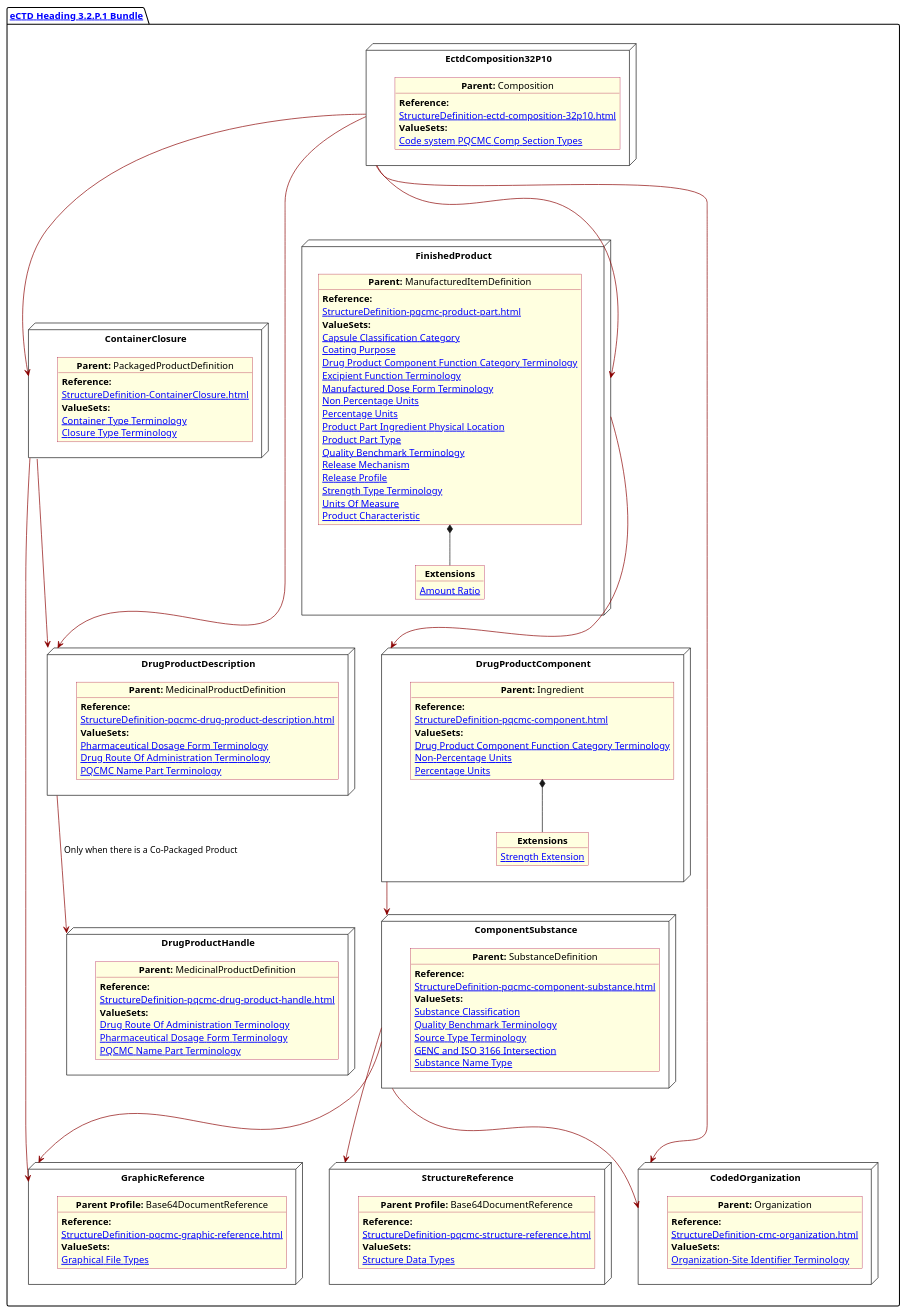
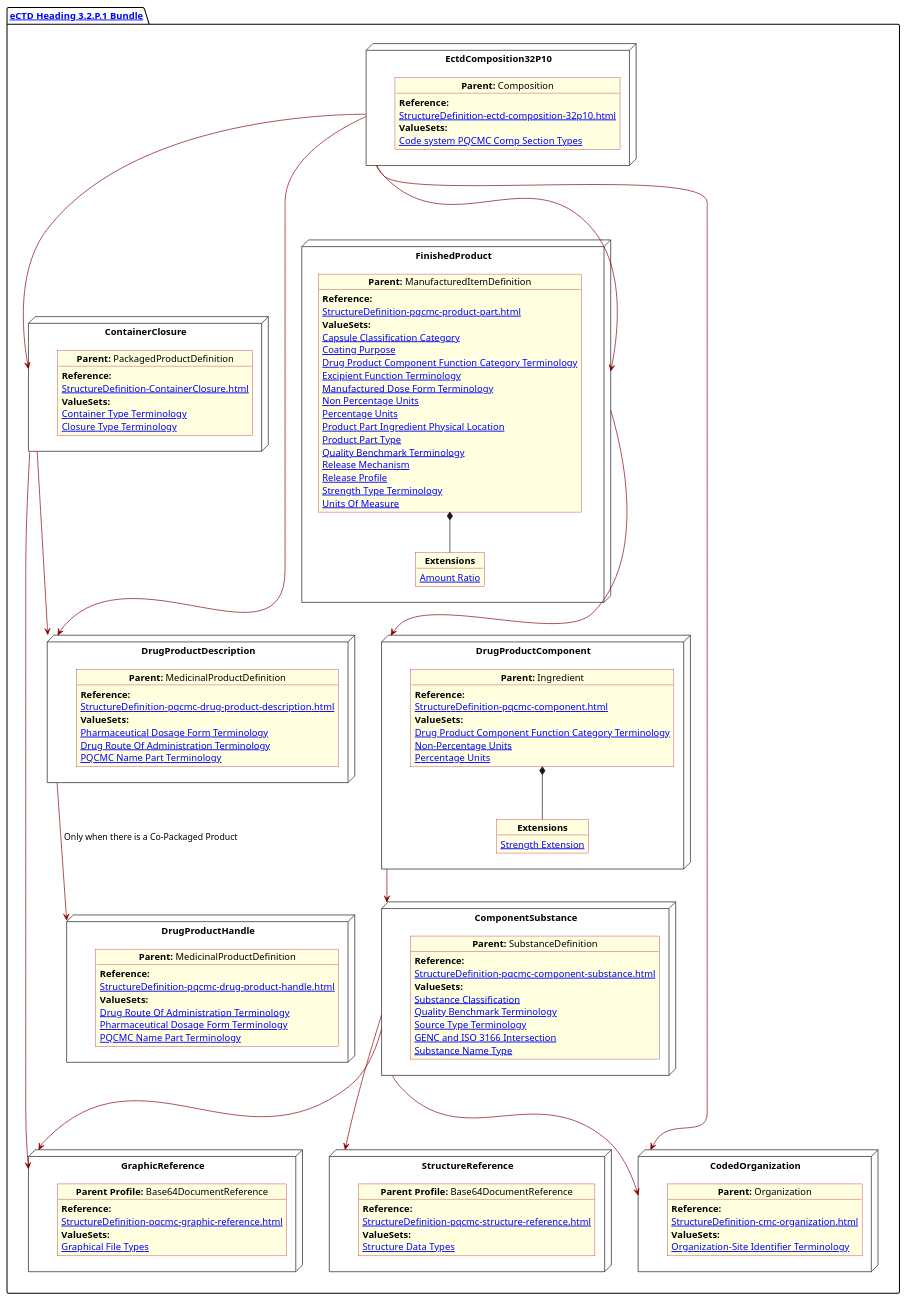
Before and after one commit to HL7/FHIR-us-pq-cmc-fda: the diagram in input/images-source/ProdDesComp.plantuml, drawn with PlantUML. The commit also changed 2 other files, not shown here.

```diff
--- a/input/images-source/ProdDesComp.plantuml
+++ b/input/images-source/ProdDesComp.plantuml
@@ -1,157 +1,156 @@
 @startuml ProdDesComp
 allowmixing
 'Mixed model of use case and object
 skinparam svgDimensionStyle false
 skinparam ObjectBackgroundColor LightYellow
 skinparam ObjectBorderColor #A80036
 skinparam activityDiamondBorderColor #A80036
 skinparam activityDiamondBackgroundColor lawnGreen
 skinparam ClassBorderThickness 4
 
 package "[[StructureDefinition-cmc-ectd-document-32p10.html eCTD Heading 3.2.P.1 Bundle]]" as NODES {
   node "ContainerClosure" as N21 {
 
     object "**Parent:** PackagedProductDefinition" as obj22 {
       **Reference:**
       [[StructureDefinition-ContainerClosure.html]]
       **ValueSets:**
       [[ValueSet-pqcmc-container-type-terminology.html Container Type Terminology]]
       [[ValueSet-pqcmc-closure-type-terminology.html Closure Type Terminology]]
     }
   }
 
   node "DrugProductDescription" as N2 {
 
     object "**Parent:** MedicinalProductDefinition" as obj2 {
       **Reference:**
       [[StructureDefinition-pqcmc-drug-product-description.html]]
       **ValueSets:**
       [[ValueSet-spl-pharmaceutical-dosage-form-terminology.html Pharmaceutical Dosage Form Terminology]]
       [[ValueSet-spl-drug-route-of-administration-terminology.html Drug Route Of Administration Terminology]]
       [[ValueSet-pqcmc-name-part-terminology.html PQCMC Name Part Terminology]]
     }
   }
 
   node "DrugProductHandle" as N2handle {
 
     object "**Parent:** MedicinalProductDefinition" as objcross {
       **Reference:**
       [[StructureDefinition-pqcmc-drug-product-handle.html]]
       **ValueSets:**
       [[ValueSet-spl-drug-route-of-administration-terminology.html Drug Route Of Administration Terminology]]
       [[ValueSet-spl-pharmaceutical-dosage-form-terminology.html Pharmaceutical Dosage Form Terminology]]
       [[ValueSet-pqcmc-name-part-terminology.html PQCMC Name Part Terminology]]
     }
   }
 
   node "FinishedProduct"as MID {
     object "**Parent:** ManufacturedItemDefinition" as objMID {
 
       **Reference:**
       [[StructureDefinition-pqcmc-product-part.html]]
       **ValueSets:**
       [[ValueSet-capsule-classification-category.html Capsule Classification Category]]
       [[ValueSet-pqcmc-coating-purpose.html Coating Purpose]]
       [[ValueSet-pqcmc-drug-product-component-function-category-terminology.html Drug Product Component Function Category Terminology]]
       [[ValueSet-pqcmc-excipient-function-terminology.html Excipient Function Terminology]]
       [[ValueSet-pqcmc-manufactured-dose-form-terminology.html Manufactured Dose Form Terminology]]
       [[ValueSet-pqcmc-non-percentage-units.html Non Percentage Units]]
       [[ValueSet-pqcmc-percentage-units.html Percentage Units]]
       [[ValueSet-pqcmc-product-part-ingredient-physical-location.html Product Part Ingredient Physical Location]]
       [[ValueSet-pqcmc-product-part-type.html Product Part Type]]
       [[ValueSet-pqcmc-quality-benchmark-terminology.html Quality Benchmark Terminology]]
       [[ValueSet-pqcmc-release-mechanism.html Release Mechanism]]
       [[ValueSet-pqcmc-release-profile.html Release Profile]]
       [[ValueSet-pqcmc-strength-type-terminology.html Strength Type Terminology]]
       [[ValueSet-pqcmc-units-of-measure.html Units Of Measure]]
-      [[ValueSet-pqcmc-product-characteristic.html Product Characteristic]]
     }
     object "**Extensions**" as objMIDExs {
       [[StructureDefinition-pq-amount-ratio.html Amount Ratio]]
     }
     objMID *-- objMIDExs
   }
   node "DrugProductComponent" as NN {
 
     object "**Parent:** Ingredient" as obj3 {
       **Reference:**
       [[StructureDefinition-pqcmc-component.html]]
       **ValueSets:**
       [[ValueSet-pqcmc-drug-product-component-function-category-terminology.html Drug Product Component Function Category Terminology]]
       [[ValueSet-pqcmc-org-identifier-type-terminology.html Non-Percentage Units]]
       [[ValueSet-pqcmc-percentage-units.html Percentage Units]]
     }
     object "**Extensions**" as objExs {
       [[StructureDefinition-strength-extension.html Strength Extension]]
     }
     obj3 *-- objExs
   }
 
   node "ComponentSubstance" as NCS {
 
     object "**Parent:** SubstanceDefinition" as objSubDef {
       **Reference:**
       [[StructureDefinition-pqcmc-component-substance.html]]
       **ValueSets:**
       [[ValueSet-substance-classification.html Substance Classification]]
       [[ValueSet-pqcmc-quality-benchmark-terminology.html Quality Benchmark Terminology]]
       [[ValueSet-pqcmc-source-type-terminology.html Source Type Terminology]]
       [[ValueSet-pqcmc-genc-and-iso-intersect.html GENC and ISO 3166 Intersection]]
       [[ValueSet-pqcmc-substance-name-type.html Substance Name Type]]
     }
   }
 
     node "GraphicReference" as NB64 {
 
     object "**Parent Profile:** Base64DocumentReference"  as obj64 {
       **Reference:**
       [[StructureDefinition-pqcmc-graphic-reference.html]]
       **ValueSets:**
       [[ValueSet-pqcmc-graphical-file-types.html Graphical File Types]]
     }
   }
 
   node "StructureReference" as NBstruc {
 
     object "**Parent Profile:** Base64DocumentReference"  as objb64 {
       **Reference:**
       [[StructureDefinition-pqcmc-structure-reference.html]]
       **ValueSets:**
       [[ValueSet-pqcmc-structure-data-types.html Structure Data Types]]
     }
   }
   node "CodedOrganization" as NSO {
 
     object "**Parent:** Organization" as objAu {
       **Reference:**
       [[StructureDefinition-cmc-organization.html]]
       **ValueSets:**
       [[ValueSet-pqcmc-org-identifier-type-terminology.html Organization-Site Identifier Terminology]]
     }
   }
 
   node "EctdComposition32P10" as N1 {
 
     object "**Parent:** Composition" as obj1 {
       **Reference:**
       [[StructureDefinition-ectd-composition-32p10.html]]
       **ValueSets:**
       [[ValueSet-cmc-comp-section-types-vs.html Code system PQCMC Comp Section Types]]
     }
 
   }
 
   N1 -[#darkred]--> N2
   N1 -[#darkred]--> MID
   N1 -[#darkred]--> NSO
   N1 -[#darkred]--> N21
   N2 -[#darkred]--> N2handle : Only when there is a Co-Packaged Product
   N21 -[#darkred]--> NB64
   N21 -[#darkred]--> N2
   MID -[#darkred]--> NN
   NCS -[#darkred]--> NSO
   NN -[#darkred]--> NCS
   NCS -[#darkred]--> NB64
   NCS -[#darkred]--> NBstruc
 }
 @enduml
```
